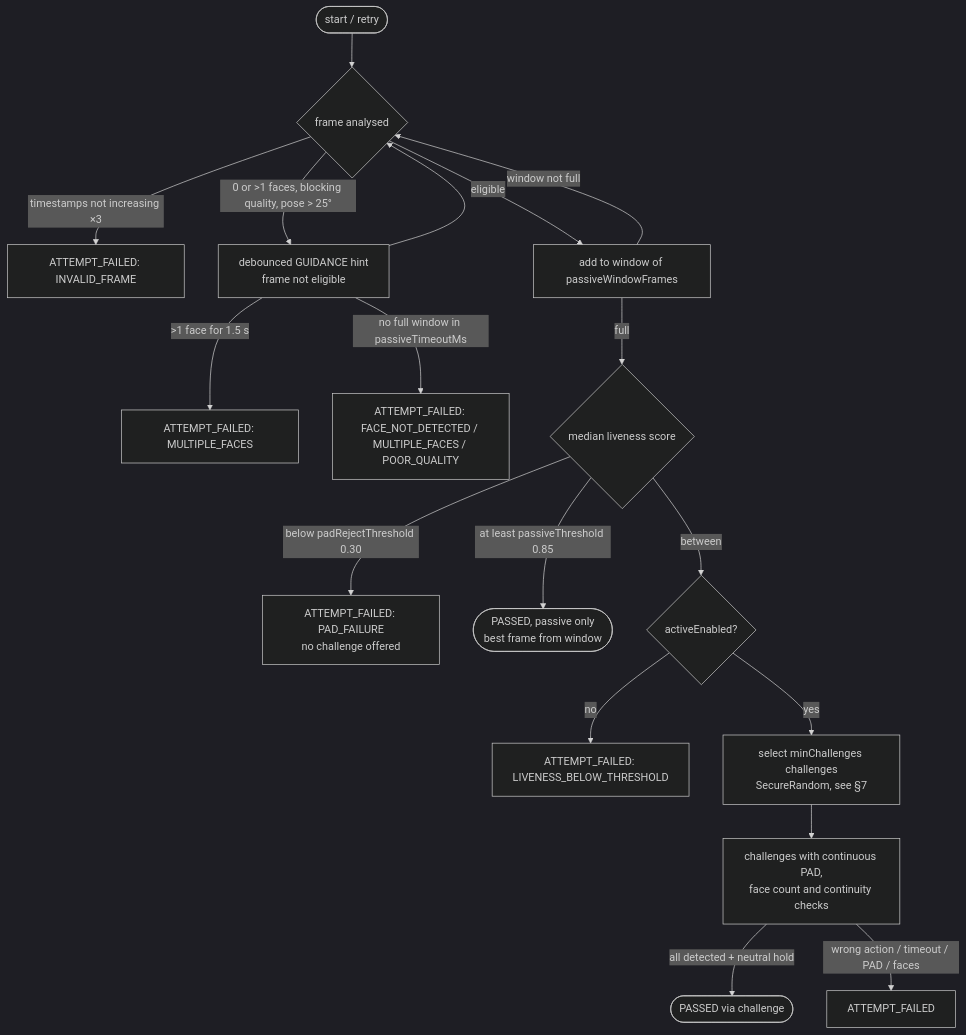
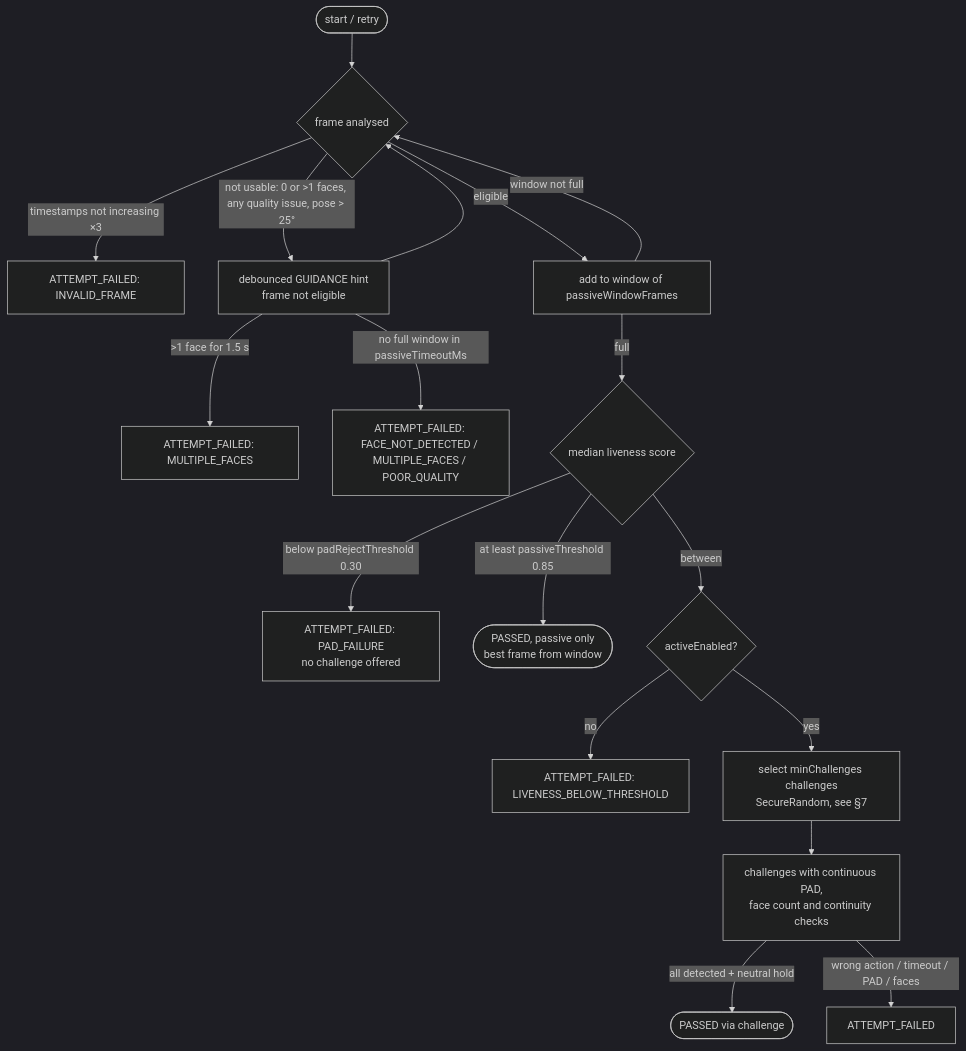
One commit to ChadDadChag/Mosip26 changed the second of 7 diagrams in docs/person3-design.md. Above: the diagram before and after it, drawn with Mermaid (dark theme). The commit also changed other lines of this file and 18 other files, not shown here.

````diff
--- a/docs/person3-design.md
+++ b/docs/person3-design.md
@@ -97,20 +151,20 @@
 ```mermaid
 flowchart TD
   S([start / retry]) --> F{frame analysed}
   F -->|timestamps not increasing ×3| IF[ATTEMPT_FAILED: INVALID_FRAME]
-  F -->|0 or >1 faces, blocking quality, pose > 25°| H[debounced GUIDANCE hint<br/>frame not eligible]
+  F -->|not usable: 0 or >1 faces, any quality issue, pose > 25°| H[debounced GUIDANCE hint<br/>frame not eligible]
   H -->|>1 face for 1.5 s| MF[ATTEMPT_FAILED: MULTIPLE_FACES]
   H -->|no full window in passiveTimeoutMs| TO[ATTEMPT_FAILED: FACE_NOT_DETECTED / MULTIPLE_FACES / POOR_QUALITY]
   H --> F
   F -->|eligible| W[add to window of passiveWindowFrames]
   W -->|window not full| F
   W -->|full| M{median liveness score}
   M -->|below padRejectThreshold 0.30| PAD[ATTEMPT_FAILED: PAD_FAILURE<br/>no challenge offered]
   M -->|at least passiveThreshold 0.85| PASS([PASSED, passive only<br/>best frame from window])
   M -->|between| AE{activeEnabled?}
   AE -->|no| BT[ATTEMPT_FAILED: LIVENESS_BELOW_THRESHOLD]
   AE -->|yes| CH[select minChallenges challenges<br/>SecureRandom, see §7]
   CH --> RUN[challenges with continuous PAD,<br/>face count and continuity checks]
   RUN -->|all detected + neutral hold| PASS2([PASSED via challenge])
   RUN -->|wrong action / timeout / PAD / faces| FAIL[ATTEMPT_FAILED]
 ```
````
